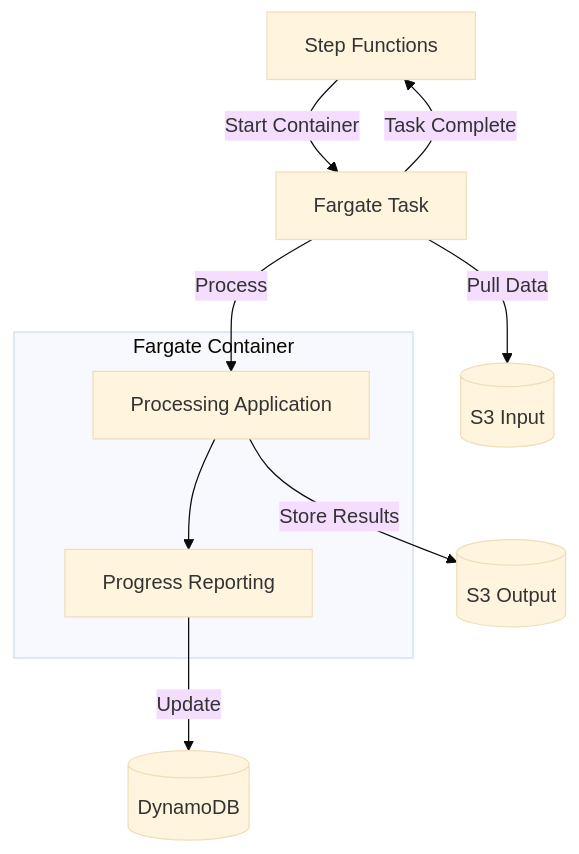
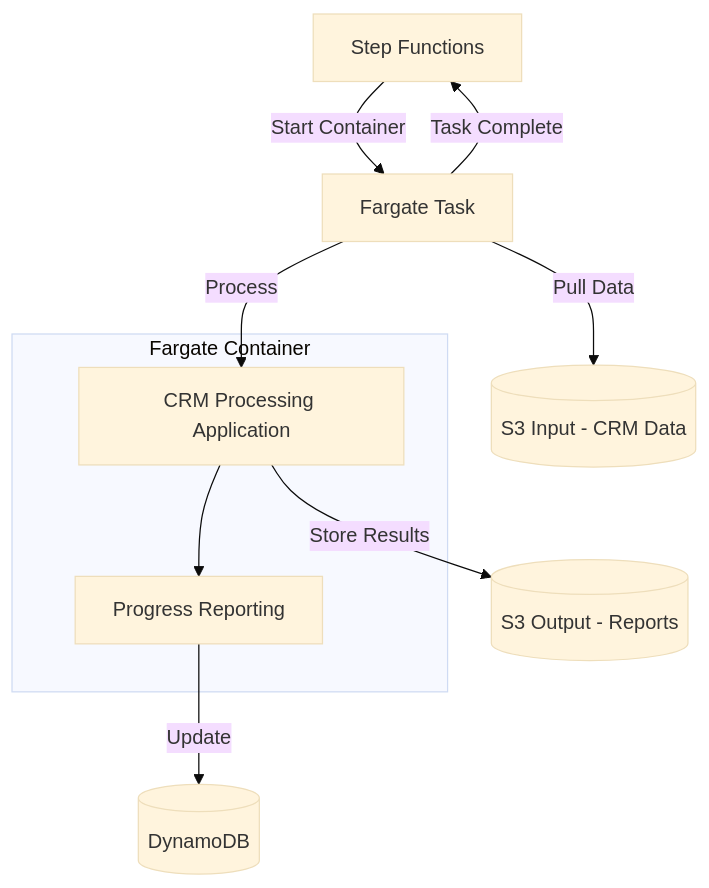
The fourth of 8 diagrams in architecture/long-running.md (philkunz/fargate), drawn with Mermaid (base theme) before and after one commit. The commit also changed other lines of this file and 11 other files, not shown here.

Commit message:
feat(documentation): Revamp Zebros CRM serverless architecture documentation with updated diagrams, expanded API, authentication, long-running tasks, data storage, and scaling details

````diff
--- a/architecture/long-running.md
+++ b/architecture/long-running.md
@@ -73,16 +103,16 @@
 ```mermaid
 flowchart TD
     StepF[Step Functions] --> |Start Container| FargateTask[Fargate Task]
     
     subgraph "Fargate Container"
-        App[Processing Application]
+        App[CRM Processing Application]
         Progress[Progress Reporting]
     end
     
-    FargateTask --> |Pull Data| S3in[(S3 Input)]
+    FargateTask --> |Pull Data| S3in[(S3 Input - CRM Data)]
     FargateTask --> |Process| App
     App --> Progress
     Progress --> |Update| DynamoDB[(DynamoDB)]
-    App --> |Store Results| S3out[(S3 Output)]
+    App --> |Store Results| S3out[(S3 Output - Reports)]
     FargateTask --> |Task Complete| StepF
 ```
````
